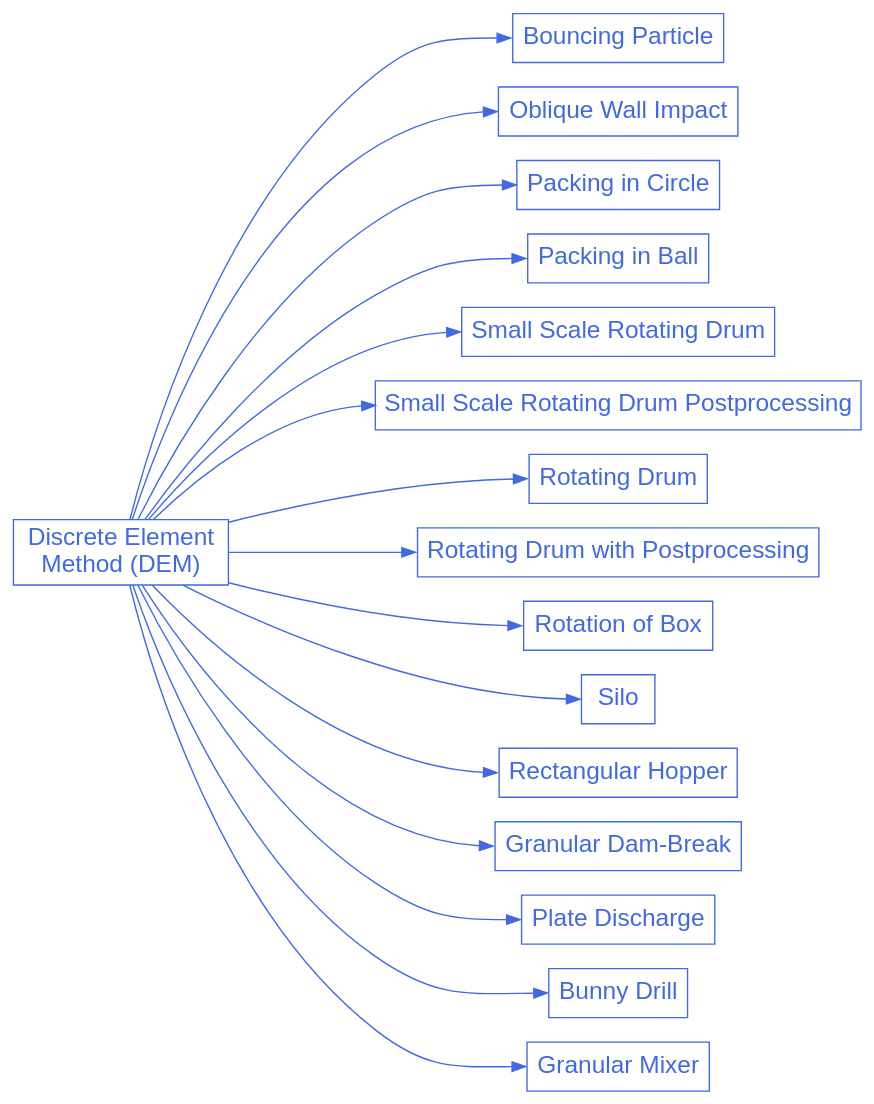
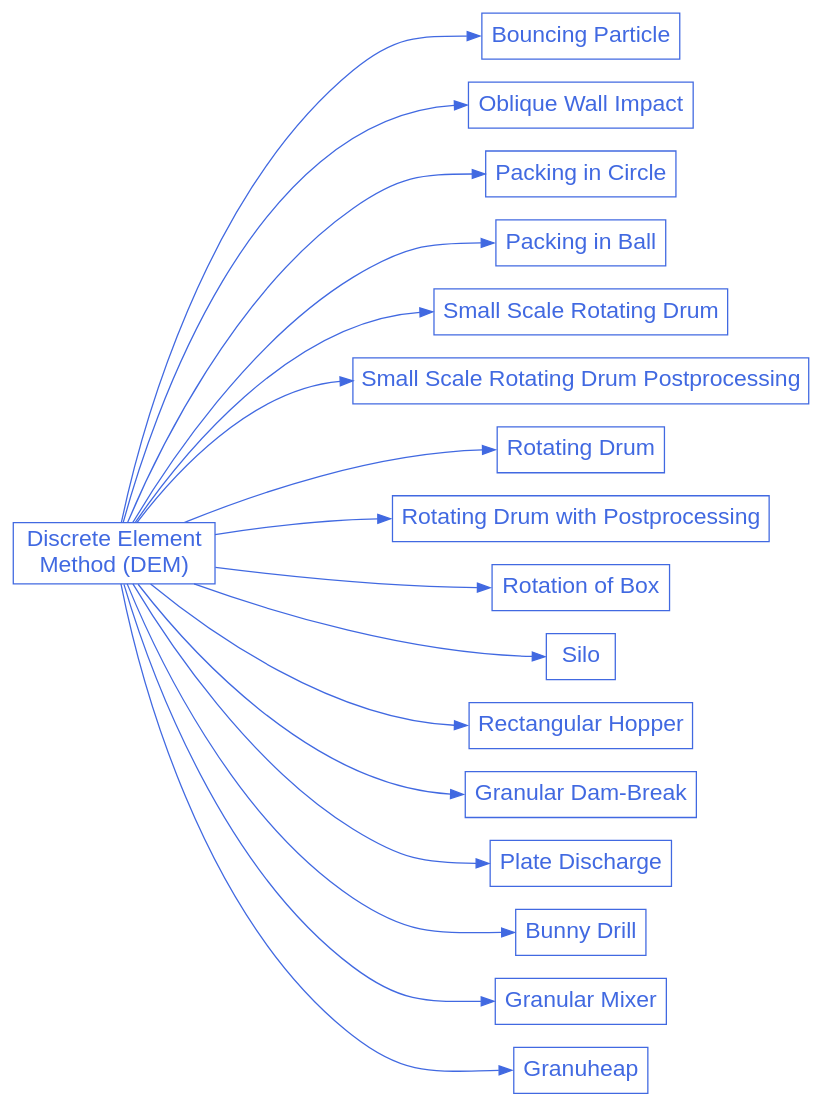
Before and after one commit to chaos-polymtl/lethe: the diagram in doc/source/examples/dem/dem.rst, drawn with Graphviz. The commit also changed other lines of this file and 17 other files, not shown here.

First line of the commit message:
Dem granuheap example (#1190)

```diff
--- a/doc/source/examples/dem/dem.rst
+++ b/doc/source/examples/dem/dem.rst
@@ -28,59 +29,60 @@
 .. graphviz:: 
 
     digraph dem_diagram {
       graph [bgcolor="transparent", align=true, ranksep=1.5];
       node [fontname=Arial, fontsize=18, shape=box, fontcolor=royalblue, color=royalblue];
       edge [color=royalblue];
       rankdir="LR";
       size = "9,9";
       
       dem [label="Discrete Element \nMethod (DEM)", href="https://chaos-polymtl.github.io/lethe/documentation/examples/dem/dem.html"];
 
       dem_1 [label="Bouncing Particle", href="https://chaos-polymtl.github.io/lethe/documentation/examples/dem/bouncing-particle/bouncing-particle.html"];
 
       dem_2 [label="Oblique Wall Impact", href="https://chaos-polymtl.github.io/lethe/documentation/examples/dem/oblique-wall-impact/oblique-wall-impact.html"];
 
       dem_3 [label="Packing in Circle", href="https://chaos-polymtl.github.io/lethe/documentation/examples/dem/packing-in-circle/packing-in-circle.html"];
 
       dem_4 [label="Packing in Ball", href="https://chaos-polymtl.github.io/lethe/documentation/examples/dem/packing-in-ball/packing-in-ball.html"];
 
       dem_5 [label="Small Scale Rotating Drum", href="https://chaos-polymtl.github.io/lethe/documentation/examples/dem/small-scale-rotating-drum/small-scale-rotating-drum.html"];
     
       dem_6 [label="Small Scale Rotating Drum Postprocessing", href="https://chaos-polymtl.github.io/lethe/documentation/examples/dem/small-scale-rotating-drum-postprocessing/small-scale-rotating-drum-postprocessing.html"];
 
       dem_7 [label="Rotating Drum", href="https://chaos-polymtl.github.io/lethe/documentation/examples/dem/rotating-drum/rotating-drum.html"];
 
       dem_8 [label="Rotating Drum with Postprocessing", href="https://chaos-polymtl.github.io/lethe/documentation/examples/dem/rotating-drum-with-postprocessing/rotating-drum-with-postprocessing.html"];
 
       dem_9 [label="Rotation of Box", href="https://chaos-polymtl.github.io/lethe/documentation/examples/dem/rotation-of-box/rotation-of-box.html"];
 
       dem_10 [label="Silo", href="https://chaos-polymtl.github.io/lethe/documentation/examples/dem/silo/silo.html"]; 
 
       dem_11 [label="Rectangular Hopper", href="https://chaos-polymtl.github.io/lethe/documentation/examples/dem/rectangular-hopper/rectangular-hopper.html"];
 
       dem_12 [label="Granular Dam-Break", href="https://chaos-polymtl.github.io/lethe/documentation/examples/dem/granular-dam-break/granular-dam-break.html"];
 
       dem_13 [label="Plate Discharge", href="https://chaos-polymtl.github.io/lethe/documentation/examples/dem/plate-discharge/plate-discharge.html"];
 
       dem_14 [label="Bunny Drill", href="https://chaos-polymtl.github.io/lethe/documentation/examples/dem/bunny-drill/bunny-drill.html"];
 
       dem_15 [label="Granular Mixer", href="https://chaos-polymtl.github.io/lethe/documentation/examples/dem/granular-mixer/granular-mixer.html"];
 
-      
+      dem_16 [label="Granuheap", href="https://chaos-polymtl.github.io/lethe/documentation/examples/dem/granuheap/granuheap.html"];
 
       dem -> dem_1:w;
       dem -> dem_2:w;
       dem -> dem_3:w;
       dem -> dem_4:w;
       dem -> dem_5:w;
       dem -> dem_6:w;
       dem -> dem_7:w;
       dem -> dem_8:w;
       dem -> dem_9:w;
       dem -> dem_10:w;
       dem -> dem_11:w;
       dem -> dem_12:w;
       dem -> dem_13:w;
       dem -> dem_14:w;
       dem -> dem_15:w;
+      dem -> dem_16:w;
     }
```
